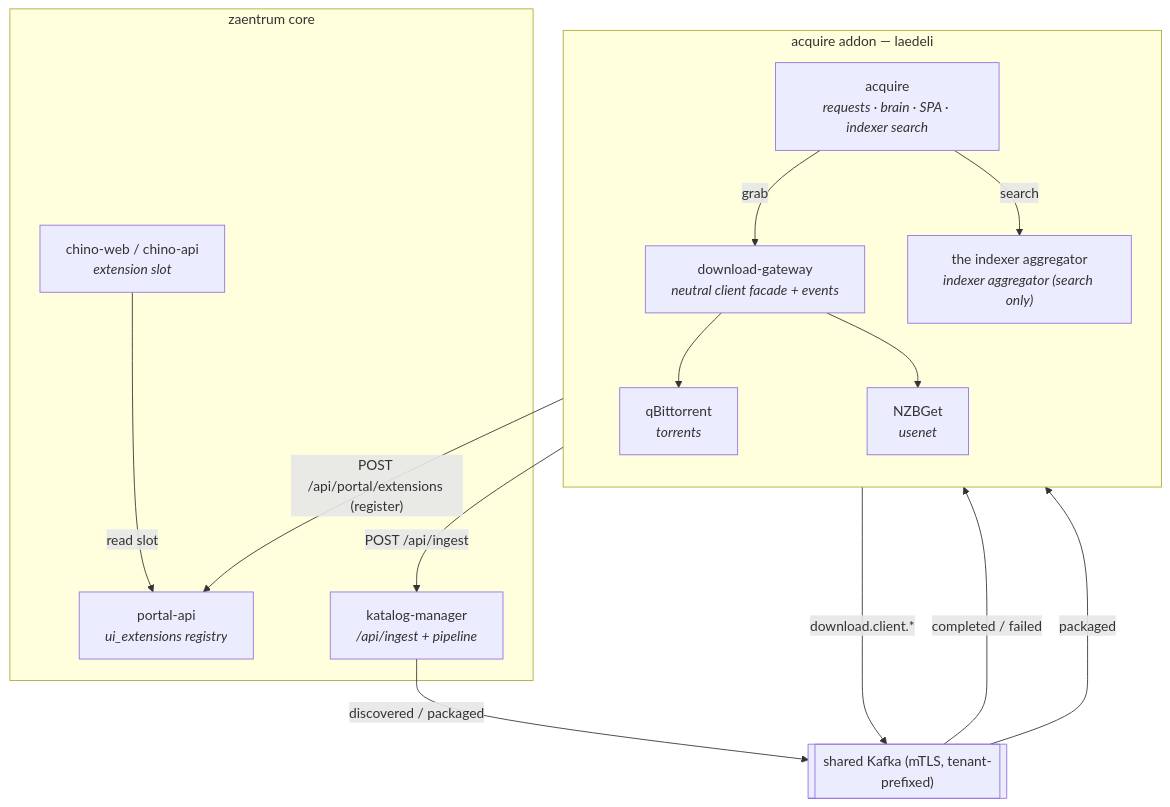
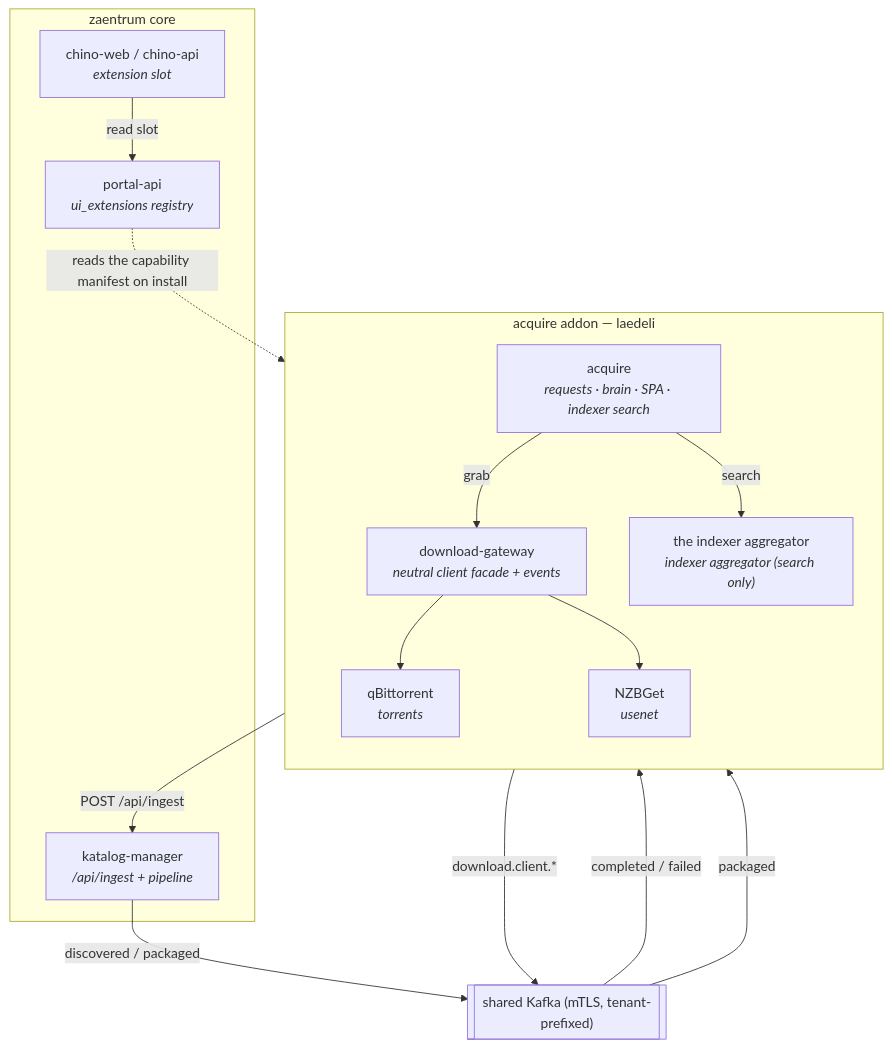
Before and after one commit to laedeli/acquire: the second of 2 diagrams in docs/architecture.md, drawn with Mermaid. The commit also changed other lines of this file and 1 other file, not shown here.

First line of the commit message:
Docs: acquire is installed from the portal, not self-registered

````diff
--- a/docs/architecture.md
+++ b/docs/architecture.md
@@ -120,28 +123,28 @@
 ```mermaid
 flowchart TB
     subgraph addon["acquire addon — laedeli"]
         direction TB
         ACQ["acquire<br/><i>requests · brain · SPA · indexer search</i>"]
         GW["download-gateway<br/><i>neutral client facade + events</i>"]
         QB["qBittorrent<br/><i>torrents</i>"]
         NZ["NZBGet<br/><i>usenet</i>"]
         PRW["the indexer aggregator<br/><i>indexer aggregator (search only)</i>"]
     end
     subgraph coreapp["zaentrum core"]
         POR["portal-api<br/><i>ui_extensions registry</i>"]
         WEB["chino-web / chino-api<br/><i>extension slot</i>"]
         KMG["katalog-manager<br/><i>/api/ingest + pipeline</i>"]
     end
     BUS[["shared Kafka (mTLS, tenant-prefixed)"]]
 
-    ACQ -->|"POST /api/portal/extensions (register)"| POR
+    POR -.->|"reads the capability manifest on install"| ACQ
     WEB -->|"read slot"| POR
     ACQ -->|"grab"| GW
     ACQ -->|"search"| PRW
     GW --> QB & NZ
     GW -->|"download.client.*"| BUS
     BUS -->|"completed / failed"| ACQ
     ACQ -->|"POST /api/ingest"| KMG
     KMG -->|"discovered / packaged"| BUS
     BUS -->|"packaged"| ACQ
 ```
````
